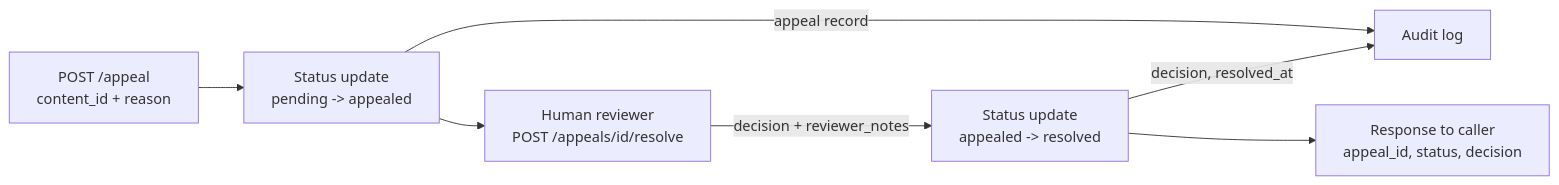
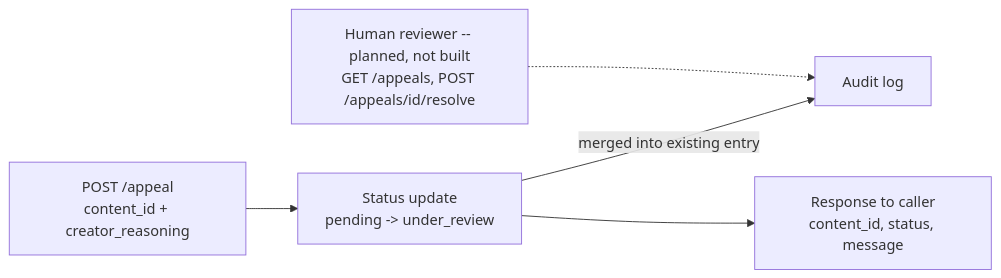
The second of 2 diagrams in README.md (lizibrelidze/ai201-project4-provenance-guard), drawn with Mermaid before and after one commit. The commit also changed other lines of this file and 4 other files, not shown here.

Commit message:
Add transparency labels, appeals workflow, rate limiting, and documented audit log (Milestone 5)

````diff
--- a/README.md
+++ b/README.md
@@ -137,9 +151,7 @@
 ```mermaid
 flowchart LR
-    H[POST /appeal\ncontent_id + reason] --> I[Status update\npending -> appealed]
-    I -->|appeal record| J[Audit log]
-    I --> K[Human reviewer\nPOST /appeals/id/resolve]
-    K -->|decision + reviewer_notes| L[Status update\nappealed -> resolved]
-    L -->|decision, resolved_at| J
-    L --> M[Response to caller\nappeal_id, status, decision]
+    H[POST /appeal\ncontent_id + creator_reasoning] --> I[Status update\npending -> under_review]
+    I -->|merged into existing entry| J[Audit log]
+    I --> K[Response to caller\ncontent_id, status, message]
+    K2[Human reviewer -- planned, not built\nGET /appeals, POST /appeals/id/resolve] -.-> J
 ```
````
